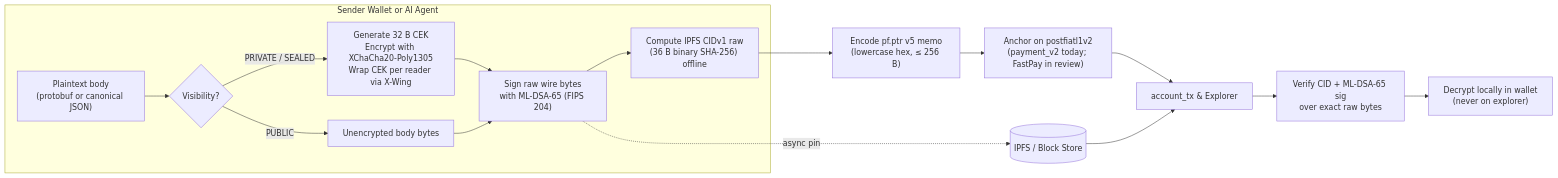
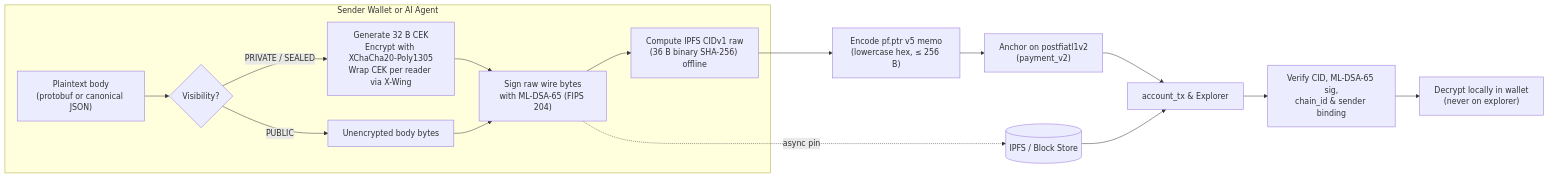
The diagram in content/blog/post-quantum-messaging-fastpay-x402.md (postfiatorg/postfiatorg.github.io), drawn with Mermaid before and after one commit. The commit also changed other lines of this file and 1 other file, not shown here.

````diff
--- a/content/blog/post-quantum-messaging-fastpay-x402.md
+++ b/content/blog/post-quantum-messaging-fastpay-x402.md
@@ -48,18 +38,18 @@
 ```mermaid
 flowchart LR
     subgraph Client["Sender Wallet or AI Agent"]
       A["Plaintext body<br/>(protobuf or canonical JSON)"] --> B{"Visibility?"}
       B -- "PRIVATE / SEALED" --> C["Generate 32 B CEK<br/>Encrypt with XChaCha20-Poly1305<br/>Wrap CEK per reader via X-Wing"]
       B -- "PUBLIC" --> D["Unencrypted body bytes"]
       C --> E["Sign raw wire bytes<br/>with ML-DSA-65 (FIPS 204)"]
       D --> E
       E --> F["Compute IPFS CIDv1 raw<br/>(36 B binary SHA-256) offline"]
     end
     F --> G["Encode pf.ptr v5 memo<br/>(lowercase hex, &le; 256 B)"]
-    G --> H["Anchor on postfiatl1v2<br/>(payment_v2 today; FastPay in review)"]
+    G --> H["Anchor on postfiatl1v2<br/>(payment_v2)"]
     E -. "async pin" .-> P[("IPFS / Block Store")]
     H --> I["account_tx &amp; Explorer"]
     P --> I
-    I --> J["Verify CID + ML-DSA-65 sig<br/>over exact raw bytes"]
+    I --> J["Verify CID, ML-DSA-65 sig,<br/>chain_id &amp; sender binding"]
     J --> K["Decrypt locally in wallet<br/>(never on explorer)"]
 ```
````
